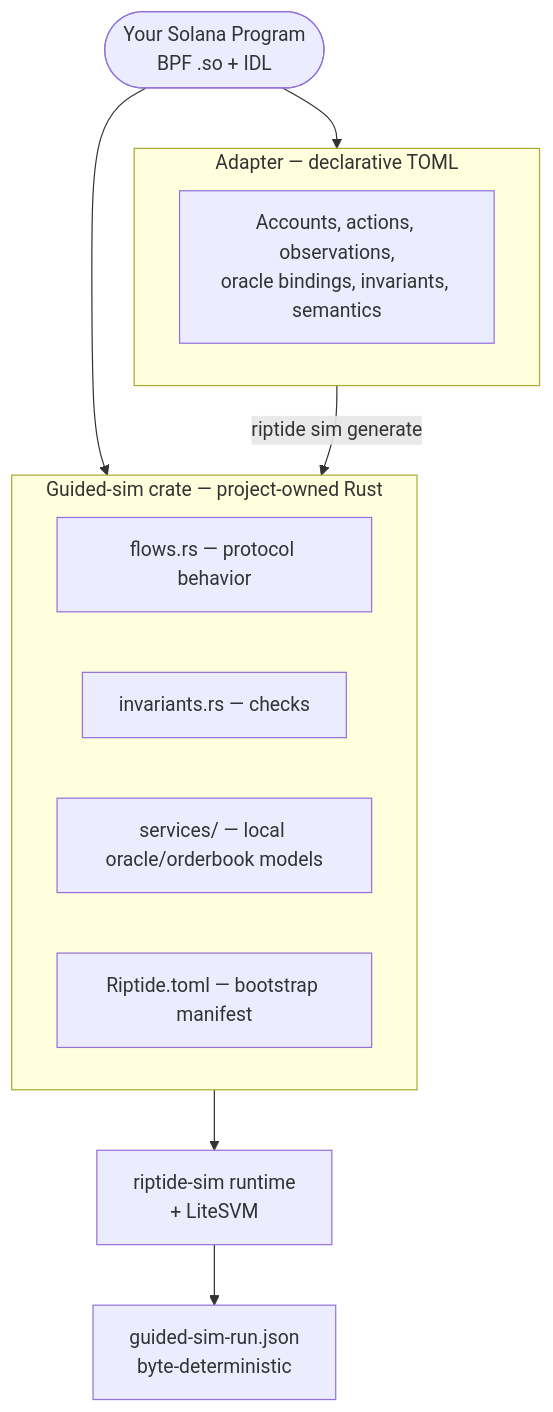
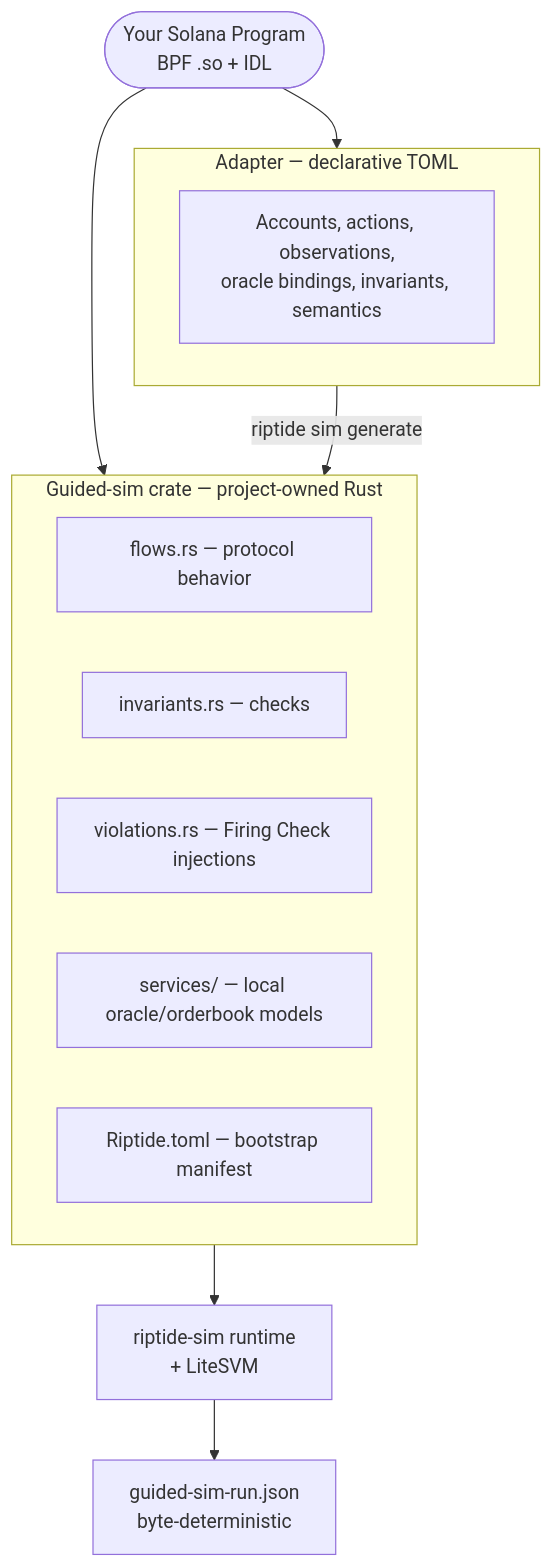
Before and after one commit to riptidesim/riptide: the diagram in docs/architecture.md, drawn with Mermaid. The commit also changed other lines of this file and 17 other files, not shown here.

````diff
--- a/docs/architecture.md
+++ b/docs/architecture.md
@@ -28,21 +28,22 @@
 ```mermaid
 flowchart TB
     P(["Your Solana Program<br>BPF .so + IDL"])
 
     subgraph Decl["Adapter — declarative TOML"]
         A["Accounts, actions, observations,<br>oracle bindings, invariants, semantics"]
     end
 
     subgraph Code["Guided-sim crate — project-owned Rust"]
         F["flows.rs — protocol behavior"]
         I["invariants.rs — checks"]
+        V["violations.rs — Firing Check injections"]
         S["services/ — local oracle/orderbook models"]
         M["Riptide.toml — bootstrap manifest"]
     end
 
     P --> Decl
     P --> Code
     Decl -->|riptide sim generate| Code
     Code --> R["riptide-sim runtime<br>+ LiteSVM"]
     R --> O["guided-sim-run.json<br>byte-deterministic"]
 ```
````
